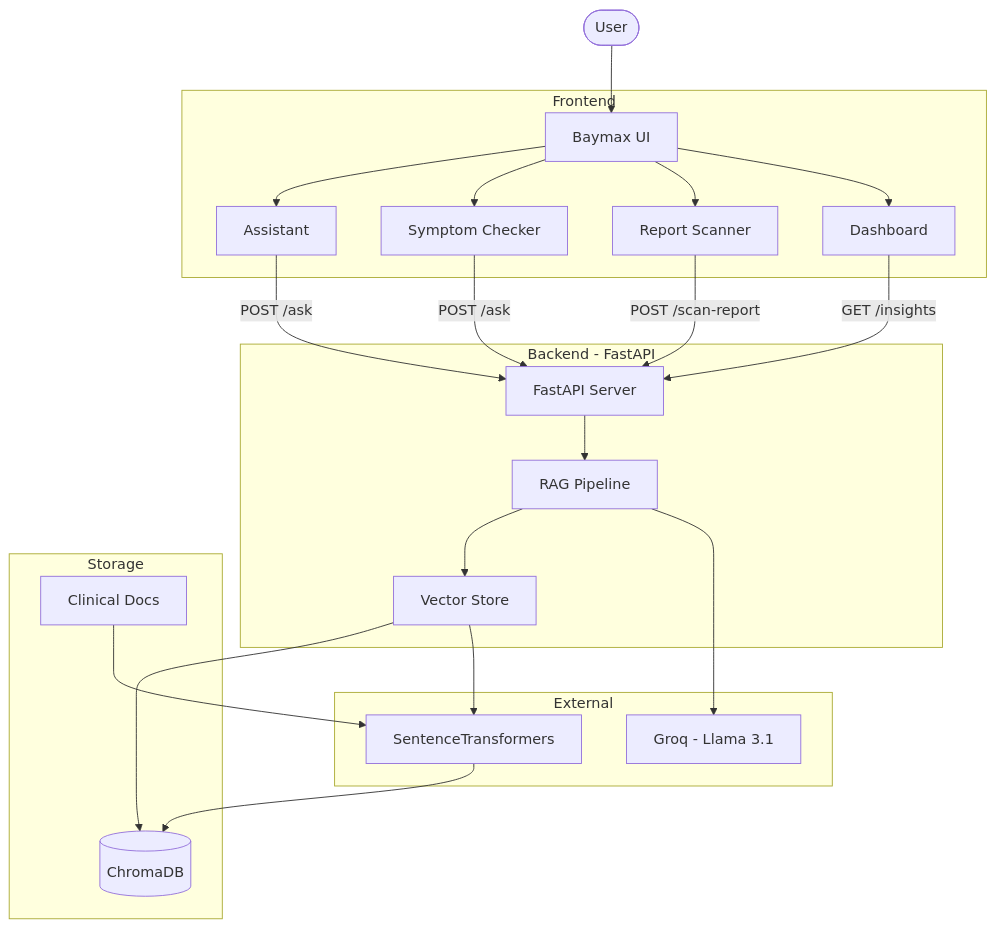
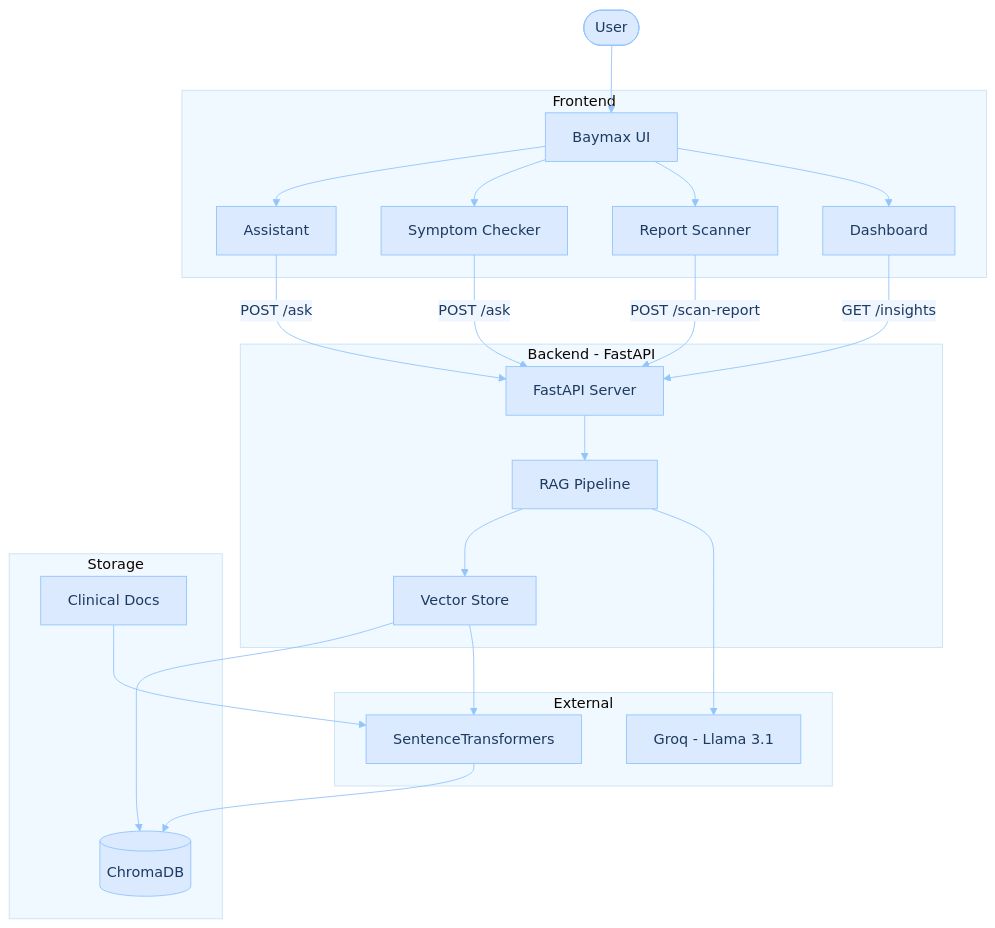
Before and after one commit to purrieie/baymax-healthcare-chatbot: the diagram in README.md, drawn with Mermaid.

Commit message:
Update README.md with architecture diagram

````diff
--- a/README.md
+++ b/README.md
@@ -242,42 +242,43 @@
 ```mermaid
+%%{init: {'theme': 'base', 'themeVariables': {'primaryColor': '#dbeafe', 'primaryTextColor': '#1e3a5f', 'primaryBorderColor': '#93c5fd', 'lineColor': '#93c5fd', 'secondaryColor': '#eff6ff', 'tertiaryColor': '#f0f9ff'}}}%%
 flowchart TD
     User(["User"])
 
     subgraph Frontend["Frontend"]
         UI["Baymax UI"]
         Chat["Assistant"]
         Symptom["Symptom Checker"]
         Report["Report Scanner"]
         Dashboard["Dashboard"]
     end
 
     subgraph Backend["Backend - FastAPI"]
         API["FastAPI Server"]
         RAG["RAG Pipeline"]
         VS["Vector Store"]
     end
 
     subgraph Storage["Storage"]
         Chroma[("ChromaDB")]
         Docs["Clinical Docs"]
     end
 
     subgraph External["External"]
         Groq["Groq - Llama 3.1"]
         Embed["SentenceTransformers"]
     end
 
     User --> UI
     UI --> Chat & Symptom & Report & Dashboard
     Chat -->|POST /ask| API
     Symptom -->|POST /ask| API
     Report -->|POST /scan-report| API
     Dashboard -->|GET /insights| API
     API --> RAG
     RAG --> VS
     RAG --> Groq
     VS --> Chroma
     VS --> Embed
     Docs --> Embed
     Embed --> Chroma
 ```
````
